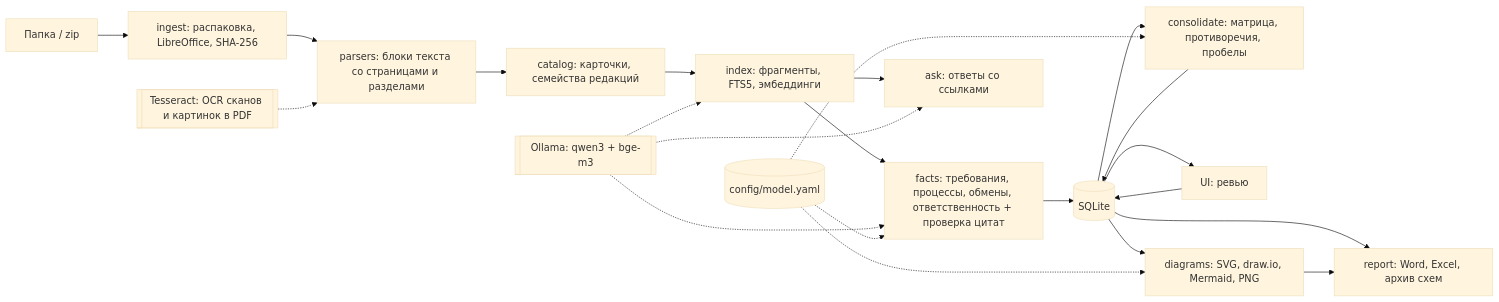
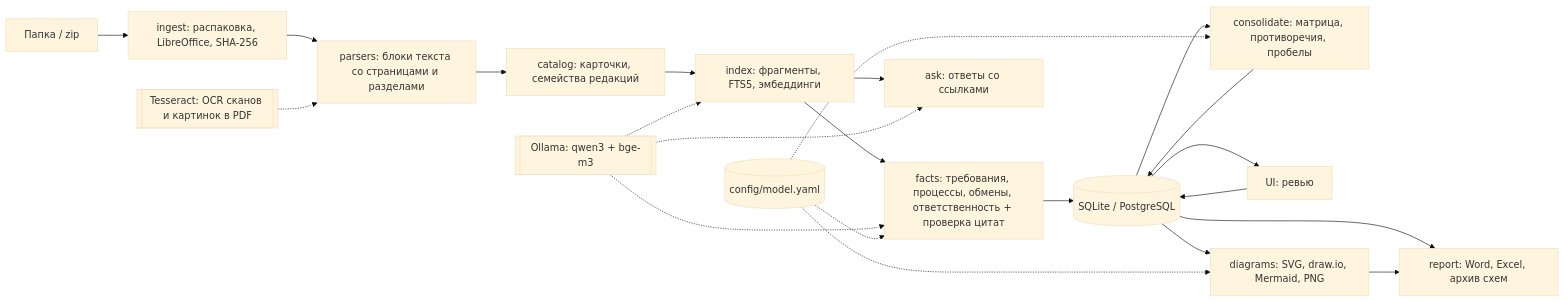
Before and after one commit to lliill1/amr-rms-logistics-docs-analysis: the diagram in docs/ARCHITECTURE.md, drawn with Mermaid (base theme). The commit also changed other lines of this file and 22 other files, not shown here.

````diff
--- a/docs/ARCHITECTURE.md
+++ b/docs/ARCHITECTURE.md
@@ -14,20 +14,20 @@
 ```mermaid
 flowchart LR
   A[Папка / zip] --> B[ingest: распаковка, LibreOffice, SHA-256]
   B --> C[parsers: блоки текста со страницами и разделами]
   O[[Tesseract: OCR сканов и картинок в PDF]] -.-> C
   C --> D[catalog: карточки, семейства редакций]
   D --> E[index: фрагменты, FTS5, эмбеддинги]
   E --> F[facts: требования, процессы, обмены, ответственность + проверка цитат]
-  F --> G[(SQLite)]
+  F --> G[(SQLite / PostgreSQL)]
   G --> K[consolidate: матрица, противоречия, пробелы]
   K --> G
   G --> H[UI: ревью]
   H --> G
   G --> M[diagrams: SVG, draw.io, Mermaid, PNG]
   G --> I[report: Word, Excel, архив схем]
   M --> I
   E --> J[ask: ответы со ссылками]
   L[[Ollama: qwen3 + bge-m3]] -.-> E & F & J
   V[(config/model.yaml)] -.-> F & K & M
 ```
````
